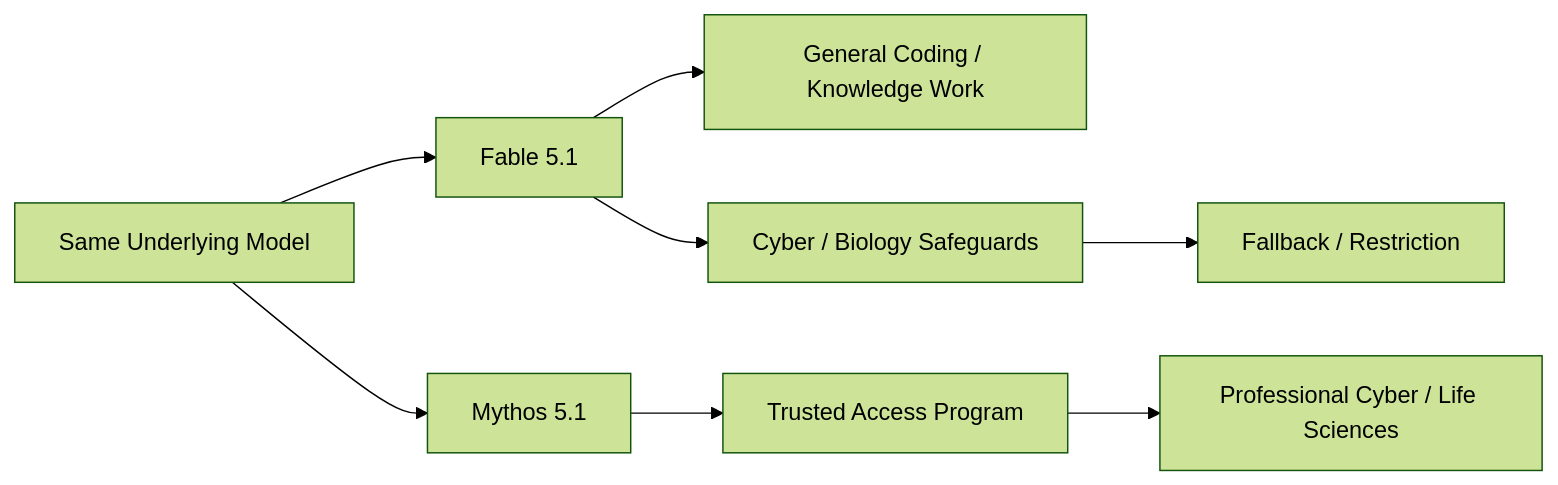
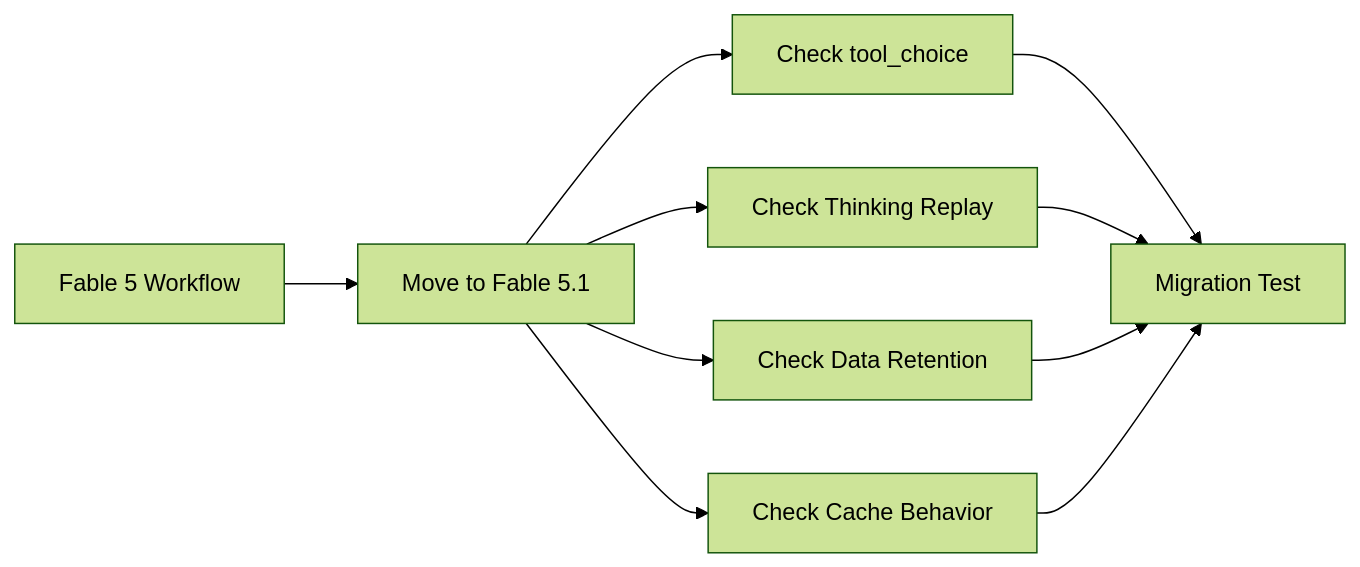
Before and after one commit to wlf186/ai-daily-headlines: diagram 16 of 24 in 260902.md, drawn with Mermaid (forest theme). The commit also changed other lines of this file, not shown here.

````diff
--- a/260902.md
+++ b/260902.md
@@ -856,10 +922,12 @@
 ```mermaid
 flowchart LR
-    FM1[Same Underlying Model] --> FM2[Fable 5.1]
-    FM1 --> FM3[Mythos 5.1]
-    FM2 --> FM4[General Coding / Knowledge Work]
-    FM2 --> FM5[Cyber / Biology Safeguards]
-    FM5 --> FM6[Fallback / Restriction]
-    FM3 --> FM7[Trusted Access Program]
-    FM7 --> FM8[Professional Cyber / Life Sciences]
+    FM1[Fable 5 Workflow] --> FM2[Move to Fable 5.1]
+    FM2 --> FM3[Check tool_choice]
+    FM2 --> FM4[Check Thinking Replay]
+    FM2 --> FM5[Check Data Retention]
+    FM2 --> FM6[Check Cache Behavior]
+    FM3 --> FM7[Migration Test]
+    FM4 --> FM7
+    FM5 --> FM7
+    FM6 --> FM7
 ```
````
